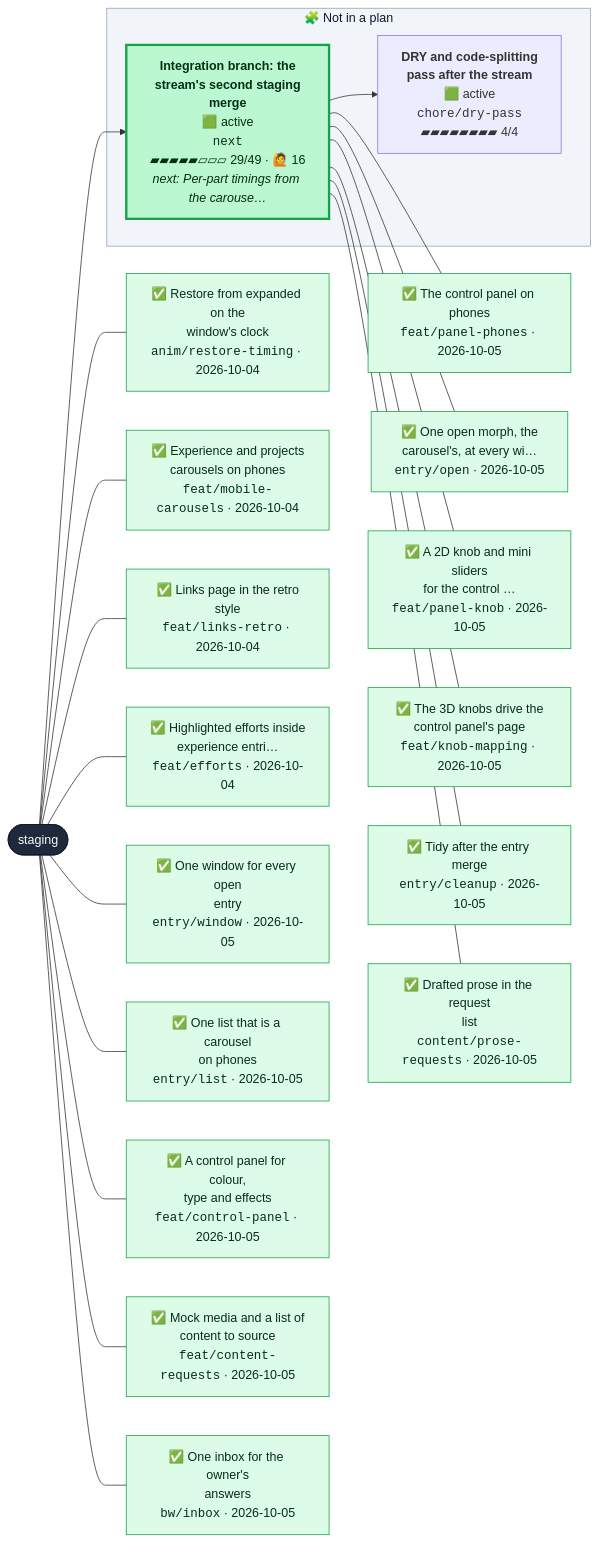
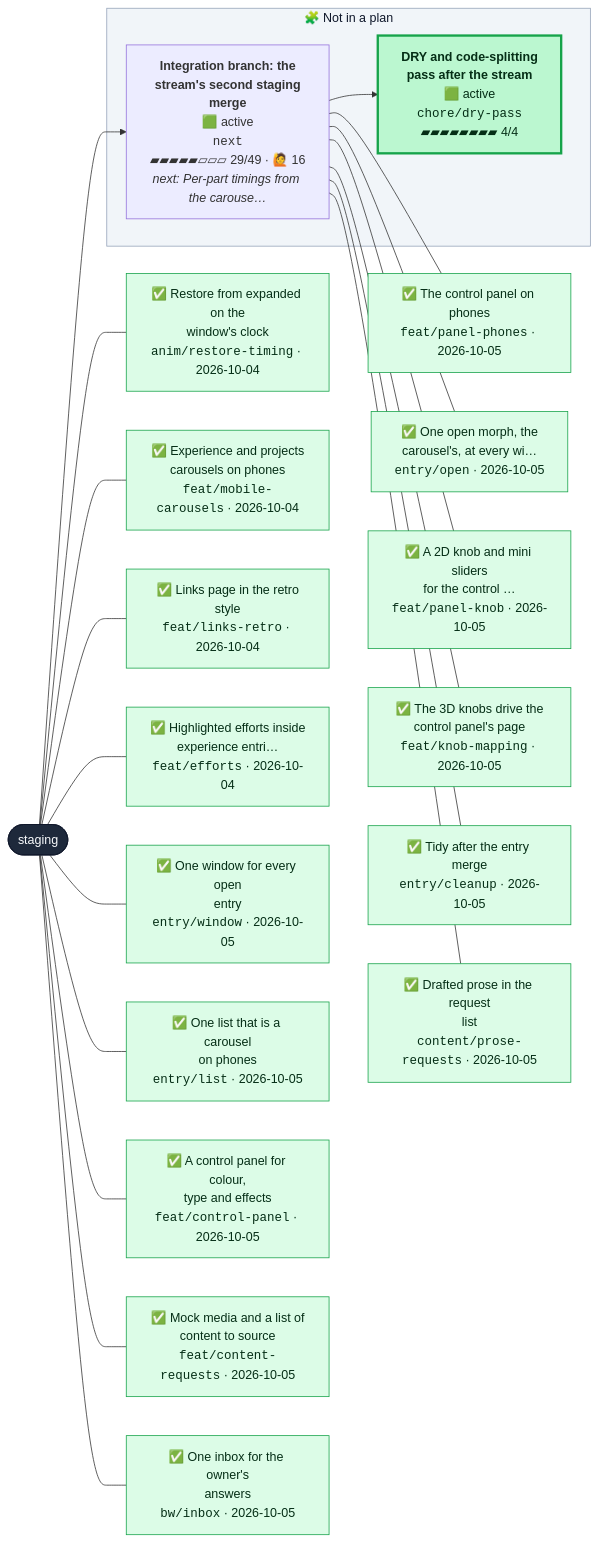
The second of 2 diagrams in CONTRIBUTING.md (henryjonescodes/portfolio), drawn with Mermaid before and after one commit. The commit also changed other lines of this file, not shown here.

````diff
--- a/CONTRIBUTING.md
+++ b/CONTRIBUTING.md
@@ -54,68 +54,68 @@
 ```mermaid
 flowchart LR
   n_staging([staging])
   class n_staging trunk
   subgraph loose["🧩 Not in a plan"]
     n_chore_dry_pass["<b>DRY and code-splitting<br/>pass after the stream</b><br/>🟩 active<br/><code>chore/dry-pass</code><br/>▰▰▰▰▰▰▰▰ 4/4"]
-    class n_chore_dry_pass active,current
+    class n_chore_dry_pass active
     n_next["<b>Integration branch: the<br/>stream's second staging<br/>merge</b><br/>🟩 active<br/><code>next</code><br/>▰▰▰▰▰▱▱▱ 29/49 · 🙋 16<br/><i>next: Per-part timings from the carouse…</i>"]
-    class n_next active
+    class n_next active,current
   end
   style loose fill:#f1f5f9,stroke:#94a3b8,color:#0f172a
   n_next --> n_chore_dry_pass
   n_staging --> n_next
   landed_0["✅ Restore from expanded on the<br/>window's clock<br/><code>anim/restore-timing</code> · 2026-10-04"]
   class landed_0 merged
   n_staging --- landed_0
   landed_1["✅ Experience and projects<br/>carousels on phones<br/><code>feat/mobile-carousels</code> · 2026-10-04"]
   class landed_1 merged
   n_staging --- landed_1
   landed_2["✅ Links page in the retro<br/>style<br/><code>feat/links-retro</code> · 2026-10-04"]
   class landed_2 merged
   n_staging --- landed_2
   landed_3["✅ Highlighted efforts inside<br/>experience entri…<br/><code>feat/efforts</code> · 2026-10-04"]
   class landed_3 merged
   n_staging --- landed_3
   landed_4["✅ One window for every open<br/>entry<br/><code>entry/window</code> · 2026-10-05"]
   class landed_4 merged
   n_staging --- landed_4
   landed_5["✅ One list that is a carousel<br/>on phones<br/><code>entry/list</code> · 2026-10-05"]
   class landed_5 merged
   n_staging --- landed_5
   landed_6["✅ A control panel for colour,<br/>type and effects<br/><code>feat/control-panel</code> · 2026-10-05"]
   class landed_6 merged
   n_staging --- landed_6
   landed_7["✅ Mock media and a list of<br/>content to source<br/><code>feat/content-requests</code> · 2026-10-05"]
   class landed_7 merged
   n_staging --- landed_7
   landed_8["✅ One inbox for the owner's<br/>answers<br/><code>bw/inbox</code> · 2026-10-05"]
   class landed_8 merged
   n_staging --- landed_8
   landed_9["✅ The control panel on phones<br/><code>feat/panel-phones</code> · 2026-10-05"]
   class landed_9 merged
   n_next --- landed_9
   landed_10["✅ One open morph, the<br/>carousel's, at every wi…<br/><code>entry/open</code> · 2026-10-05"]
   class landed_10 merged
   n_next --- landed_10
   landed_11["✅ A 2D knob and mini sliders<br/>for the control …<br/><code>feat/panel-knob</code> · 2026-10-05"]
   class landed_11 merged
   n_next --- landed_11
   landed_12["✅ The 3D knobs drive the<br/>control panel's page<br/><code>feat/knob-mapping</code> · 2026-10-05"]
   class landed_12 merged
   n_next --- landed_12
   landed_13["✅ Tidy after the entry merge<br/><code>entry/cleanup</code> · 2026-10-05"]
   class landed_13 merged
   n_next --- landed_13
   landed_14["✅ Drafted prose in the request<br/>list<br/><code>content/prose-requests</code> · 2026-10-05"]
   class landed_14 merged
   n_next --- landed_14
   classDef merged fill:#dcfce7,stroke:#16a34a,color:#052e16
   classDef todo fill:#ffffff,stroke:#94a3b8,stroke-dasharray:2 2,color:#334155
   classDef planned fill:#c7d2fe,stroke:#4f46e5,color:#1e1b4b
   classDef sketched fill:#f8fafc,stroke:#64748b,stroke-dasharray:4 3,color:#334155
   classDef active fill:#bbf7d0,stroke:#16a34a,stroke-width:3px,color:#052e16
   classDef review fill:#fde68a,stroke:#d97706,stroke-width:3px,color:#451a03
   classDef blocked fill:#fecaca,stroke:#dc2626,stroke-width:3px,color:#450a0a
   classDef trunk fill:#1e293b,stroke:#0f172a,color:#f8fafc
   classDef current stroke:#0ea5e9,stroke-width:5px
 ```
````
